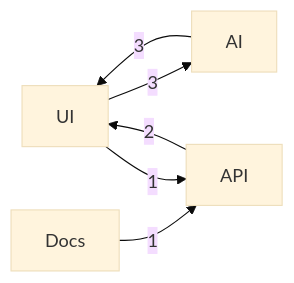
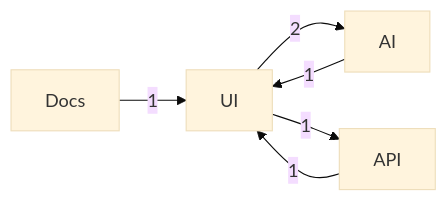
Before and after one commit to DeepExtrema/deepextrema: the diagram in README.md, drawn with Mermaid (base theme). The commit also changed other lines of this file and 8 other files, not shown here.

````diff
--- a/README.md
+++ b/README.md
@@ -215,8 +214,8 @@
 ```mermaid
 graph LR
-    UI -->|3| AI
-    AI -->|3| UI
-    API -->|2| UI
-    Docs -->|1| API
+    UI -->|2| AI
+    Docs -->|1| UI
+    AI -->|1| UI
     UI -->|1| API
+    API -->|1| UI
 ```
````
